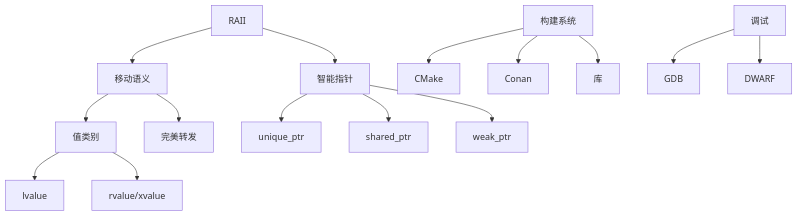
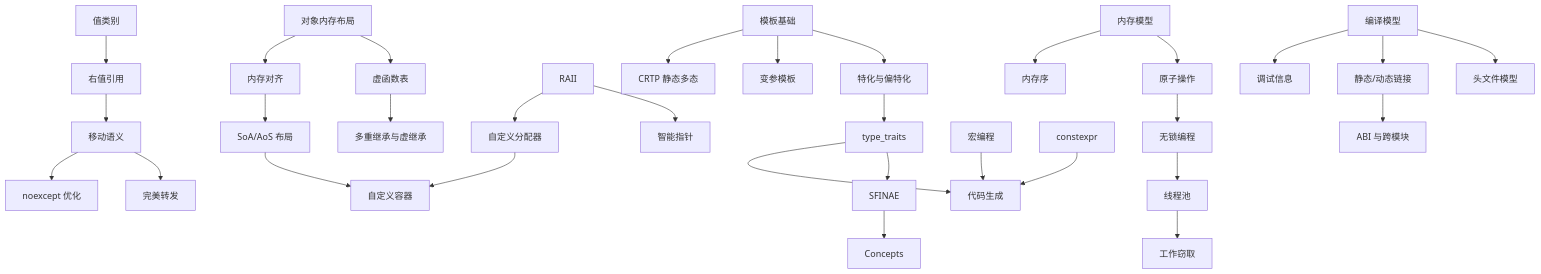
One commit to asxiuxiu/asxiuxiu_obsidian_repo changed the diagram in Notes/C++编程/索引.md. Above: the diagram before and after it, drawn with Mermaid. The commit also changed other lines of this file and 49 other files, not shown here.

````diff
--- a/Notes/C++编程/索引.md
+++ b/Notes/C++编程/索引.md
@@ -188,22 +204,39 @@
 ```mermaid
 graph TD
-    RAII[RAII] --> SmartPtr[智能指针]
-    RAII --> MoveSem[移动语义]
+    MemoryLayout[对象内存布局] --> VTable[虚函数表]
+    MemoryLayout --> Alignment[内存对齐]
+    VTable --> Inheritance[多重继承与虚继承]
 
-    MoveSem --> ValueCat[值类别]
+    ValueCat[值类别] --> RRef[右值引用]
+    RRef --> MoveSem[移动语义]
     MoveSem --> PerfectFwd[完美转发]
+    MoveSem --> Noexcept[noexcept 优化]
 
-    ValueCat --> Lvalue[lvalue]
-    ValueCat --> Rvalue[rvalue/xvalue]
+    RAII --> SmartPtr[智能指针]
+    RAII --> Allocator[自定义分配器]
+    Allocator --> Container[自定义容器]
+    Alignment --> SoA[SoA/AoS 布局]
+    SoA --> Container
 
-    SmartPtr --> UniquePtr[unique_ptr]
-    SmartPtr --> SharedPtr[shared_ptr]
-    SmartPtr --> WeakPtr[weak_ptr]
+    Template[模板基础] --> Spec[特化与偏特化]
+    Template --> Variadic[变参模板]
+    Template --> CRTP[CRTP 静态多态]
+    Spec --> TypeTraits[type_traits]
+    TypeTraits --> SFINAE[SFINAE]
+    SFINAE --> Concepts[Concepts]
 
-    Build[构建系统] --> CMake[CMake]
-    Build --> Conan[Conan]
-    Build --> Lib[库]
+    Macro[宏编程] --> CodeGen[代码生成]
+    TypeTraits --> CodeGen
+    Constexpr[constexpr] --> CodeGen
 
-    Debug[调试] --> GDB[GDB]
-    Debug --> Dwarf[DWARF]
+    MemModel[内存模型] --> Atomic[原子操作]
+    Atomic --> LockFree[无锁编程]
+    MemModel --> MemOrder[内存序]
+    LockFree --> ThreadPool[线程池]
+    ThreadPool --> WorkSteal[工作窃取]
+
+    Build[编译模型] --> Header[头文件模型]
+    Build --> Link[静态/动态链接]
+    Link --> ABI[ABI 与跨模块]
+    Build --> DebugInfo[调试信息]
 ```
````
